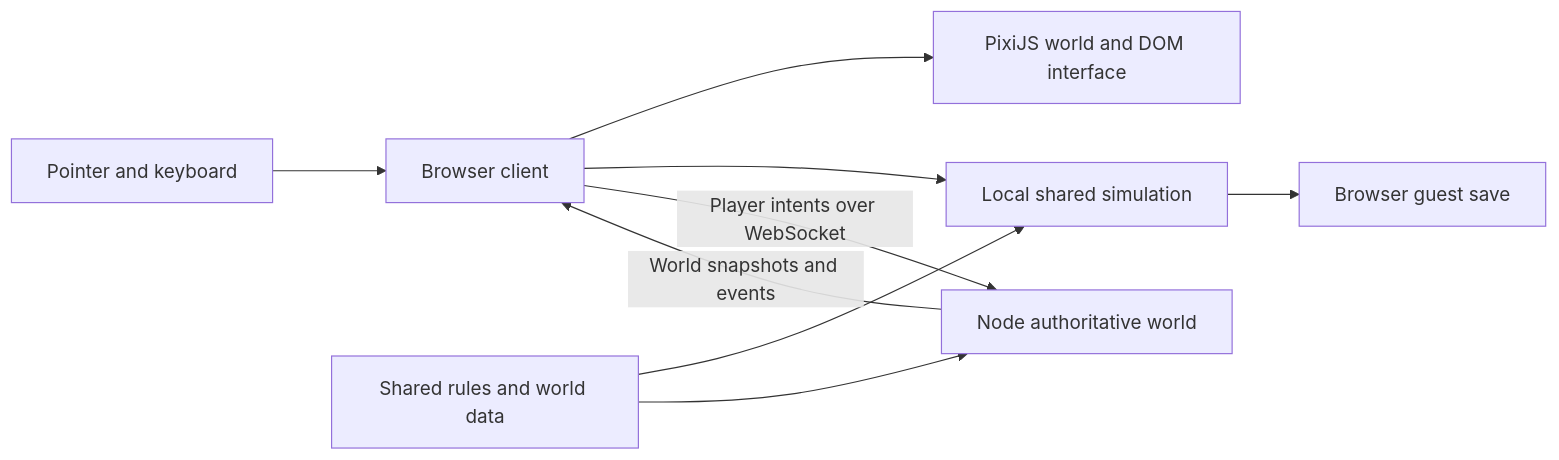
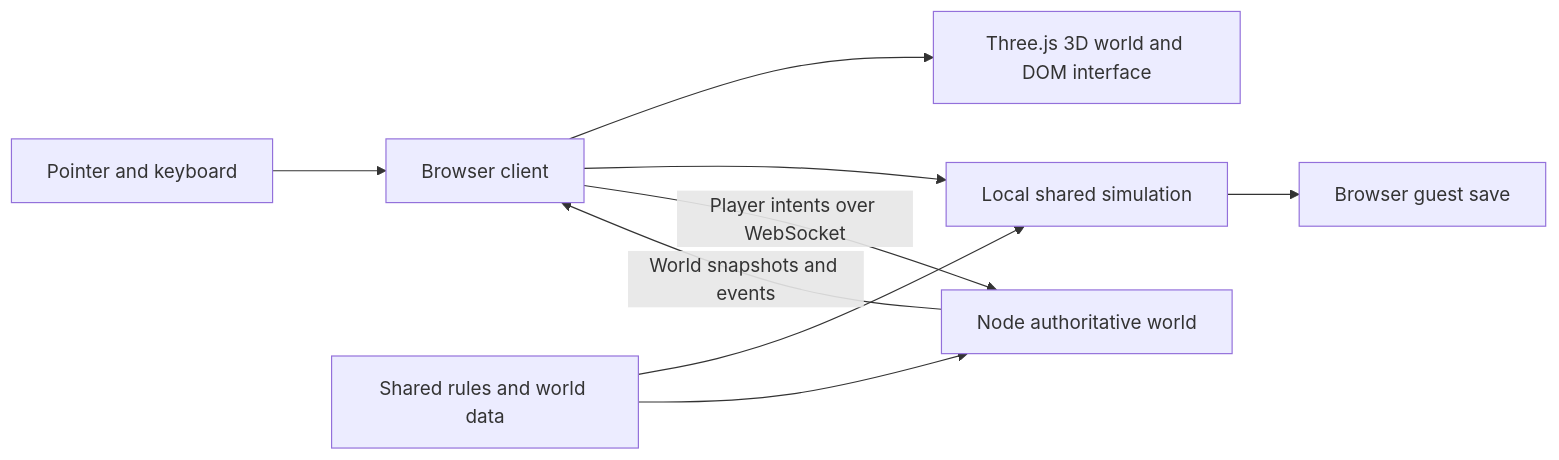
Before and after one commit to vgcman16/conquer-web: the diagram in docs/architecture.md, drawn with Mermaid. The commit also changed other lines of this file and 19 other files, not shown here.

````diff
--- a/docs/architecture.md
+++ b/docs/architecture.md
@@ -7,11 +7,11 @@
 ```mermaid
 flowchart LR
   Input[Pointer and keyboard] --> Client[Browser client]
-  Client --> View[PixiJS world and DOM interface]
+  Client --> View[Three.js 3D world and DOM interface]
   Client --> Solo[Local shared simulation]
   Client -->|Player intents over WebSocket| Server[Node authoritative world]
   Server -->|World snapshots and events| Client
   Solo --> Save[Browser guest save]
   Rules[Shared rules and world data] --> Solo
   Rules --> Server
 ```
````
